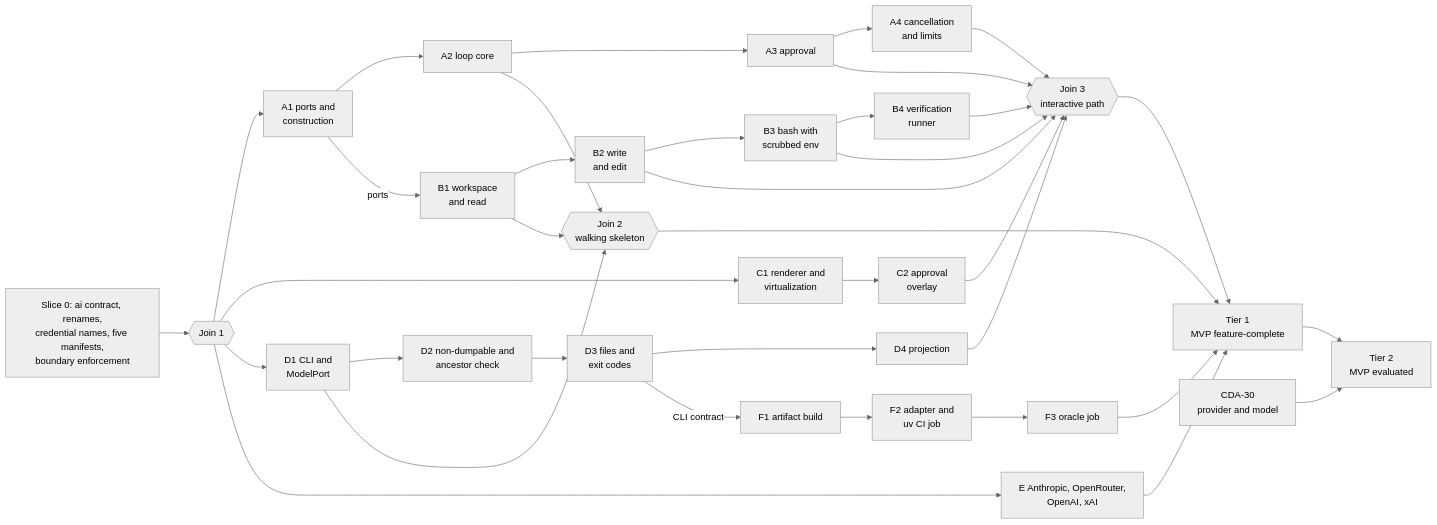
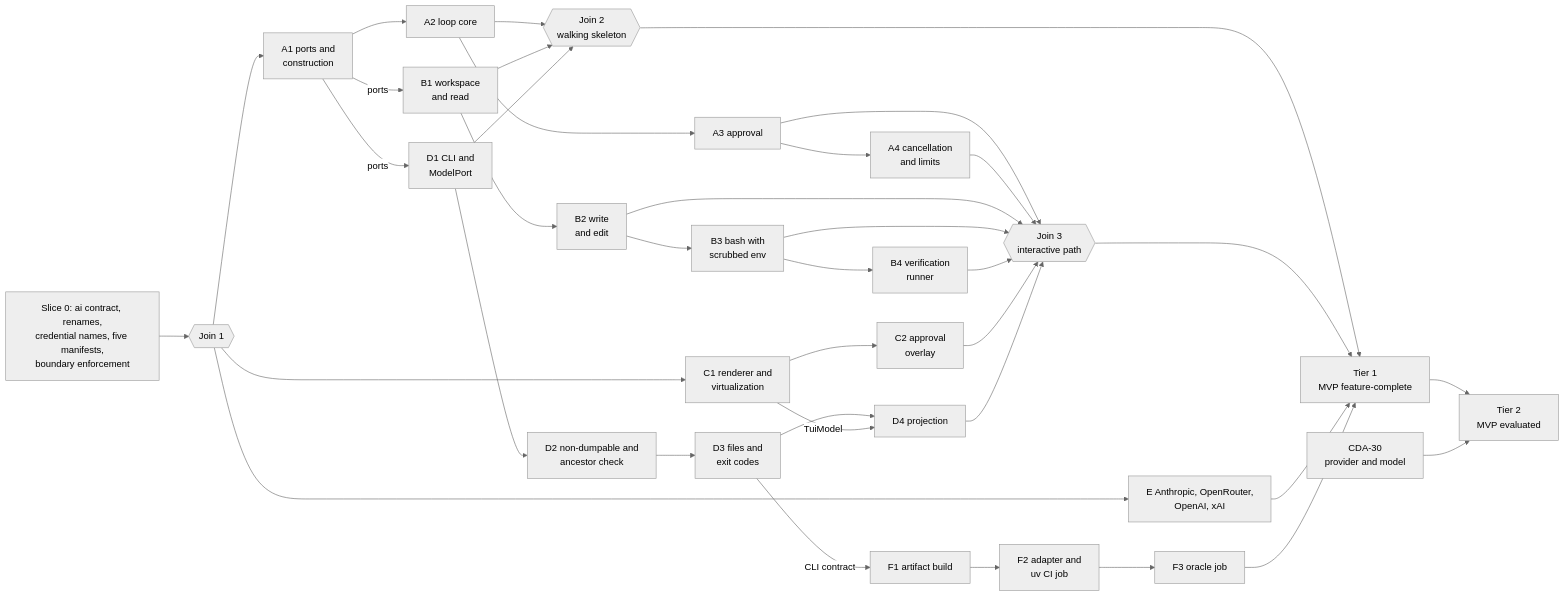
Before and after one commit to quangdat2511/coding-agent: the diagram in docs/adr/0006-implementation-order-and-mvp-completion-checklist.md, drawn with Mermaid (neutral theme). The commit also changed other lines of this file, not shown here.

Commit message:
CDA-22 docs: start track D after A1 and add the TuiModel edge

````diff
--- a/docs/adr/0006-implementation-order-and-mvp-completion-checklist.md
+++ b/docs/adr/0006-implementation-order-and-mvp-completion-checklist.md
@@ -72,39 +72,40 @@
 ```mermaid
 flowchart LR
   S0["Slice 0: ai contract, renames,<br/>credential names, five manifests,<br/>boundary enforcement"]
   J1{{"Join 1"}}
   J2{{"Join 2<br/>walking skeleton"}}
   J3{{"Join 3<br/>interactive path"}}
   T1["Tier 1<br/>MVP feature-complete"]
   T2["Tier 2<br/>MVP evaluated"]
   X30["CDA-30<br/>provider and model"]
   A1["A1 ports and<br/>construction"] --> A2["A2 loop core"] --> A3["A3 approval"] --> A4["A4 cancellation<br/>and limits"]
   B1["B1 workspace<br/>and read"] --> B2["B2 write<br/>and edit"] --> B3["B3 bash with<br/>scrubbed env"] --> B4["B4 verification<br/>runner"]
   C1["C1 renderer and<br/>virtualization"] --> C2["C2 approval<br/>overlay"]
   D1["D1 CLI and<br/>ModelPort"] --> D2["D2 non-dumpable and<br/>ancestor check"] --> D3["D3 files and<br/>exit codes"] --> D4["D4 projection"]
   E1["E Anthropic, OpenRouter,<br/>OpenAI, xAI"]
   F1["F1 artifact build"] --> F2["F2 adapter and<br/>uv CI job"] --> F3["F3 oracle job"]
   S0 --> J1
   J1 --> A1
   J1 --> C1
-  J1 --> D1
   J1 --> E1
   A1 -->|ports| B1
+  A1 -->|ports| D1
+  C1 -->|TuiModel| D4
   D3 -->|CLI contract| F1
   A2 --> J2
   B1 --> J2
   D1 --> J2
   A3 --> J3
   A4 --> J3
   B2 --> J3
   B3 --> J3
   B4 --> J3
   C2 --> J3
   D4 --> J3
   J2 --> T1
   J3 --> T1
   E1 --> T1
   F3 --> T1
   T1 --> T2
   X30 --> T2
 ```
````
